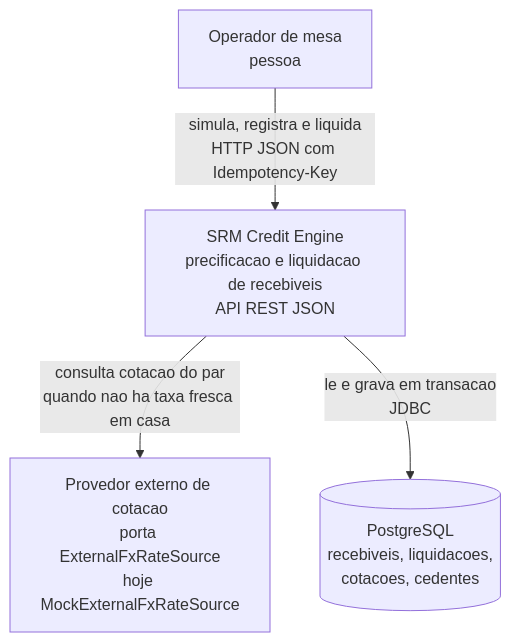
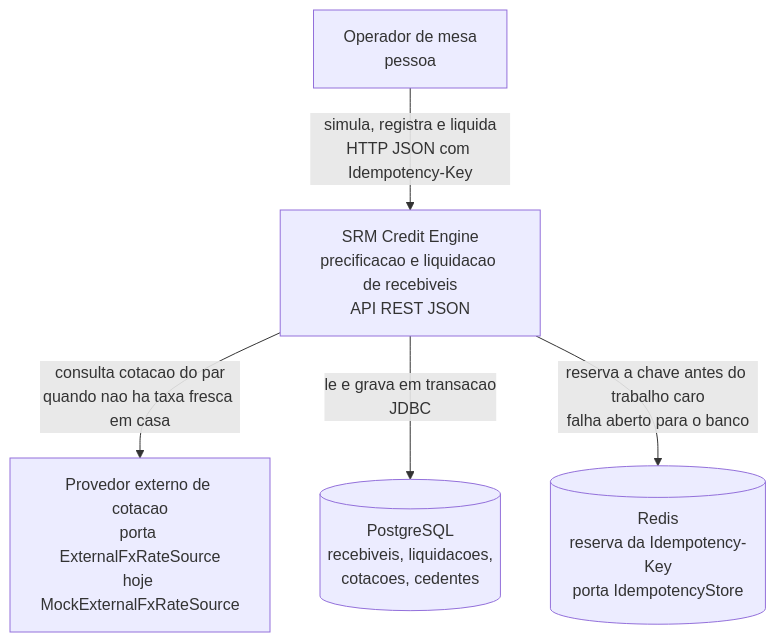
One commit to deanfreitas/ProjetoSRMCreditEngine changed the first of 5 diagrams in ARCHITECTURE.md. Above: the diagram before and after it, drawn with Mermaid. The commit also changed other lines of this file and 4 other files, not shown here.

First line of the commit message:
docs: DECISIONS.md, ARCHITECTURE.md, README.md, SPEC.md e AI_USAGE.md com a idempotencia em Redis

````diff
--- a/ARCHITECTURE.md
+++ b/ARCHITECTURE.md
@@ -11,11 +11,13 @@
 ```mermaid
 flowchart TB
     operador["Operador de mesa<br/>pessoa"]
     engine["SRM Credit Engine<br/>precificacao e liquidacao de recebiveis<br/>API REST JSON"]
     fx["Provedor externo de cotacao<br/>porta ExternalFxRateSource<br/>hoje MockExternalFxRateSource"]
     db[("PostgreSQL<br/>recebiveis, liquidacoes,<br/>cotacoes, cedentes")]
+    redis[("Redis<br/>reserva da Idempotency-Key<br/>porta IdempotencyStore")]
 
     operador -->|"simula, registra e liquida<br/>HTTP JSON com Idempotency-Key"| engine
     engine -->|"consulta cotacao do par<br/>quando nao ha taxa fresca em casa"| fx
     engine -->|"le e grava em transacao<br/>JDBC"| db
+    engine -->|"reserva a chave antes do trabalho caro<br/>falha aberto para o banco"| redis
 ```
````
